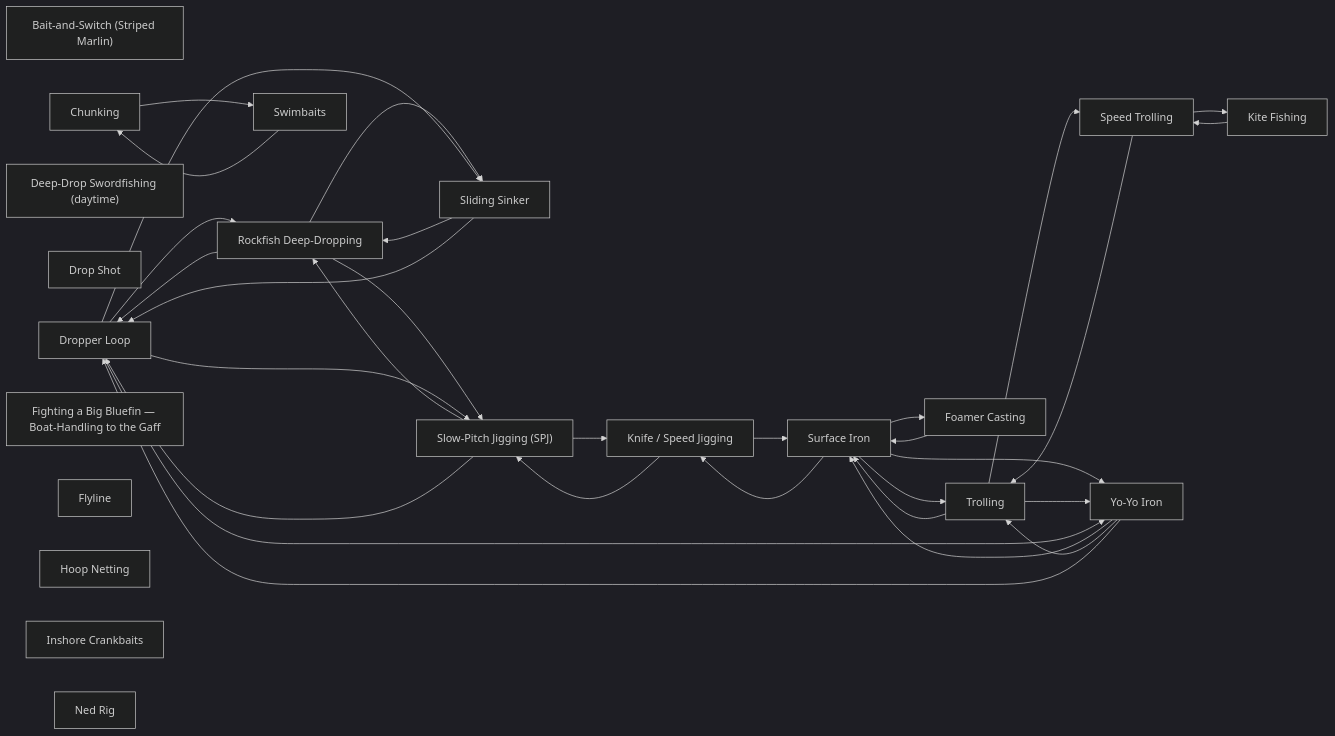
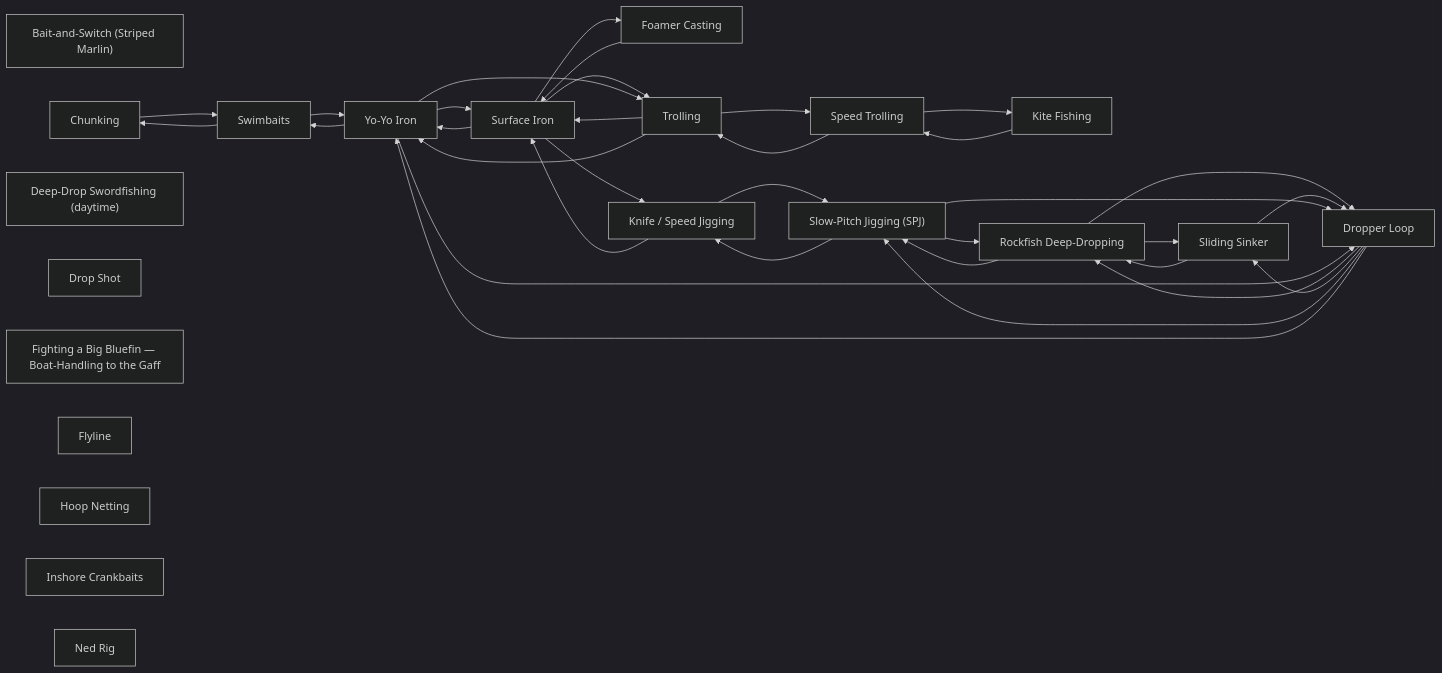
One commit to camchuckpete-max/Socal-Fishing-Knowledge changed the diagram in techniques/README.md. Above: the diagram before and after it, drawn with Mermaid (dark theme). The commit also changed 5 other files, not shown here.

````diff
--- a/techniques/README.md
+++ b/techniques/README.md
@@ -34,54 +34,56 @@
 ```mermaid
 graph LR
   n0["Bait-and-Switch (Striped Marlin)"]
   n1["Chunking"]
   n2["Deep-Drop Swordfishing (daytime)"]
   n3["Drop Shot"]
   n4["Dropper Loop"]
   n5["Fighting a Big Bluefin — Boat-Handling to the Gaff"]
   n6["Flyline"]
   n7["Foamer Casting"]
   n8["Hoop Netting"]
   n9["Inshore Crankbaits"]
   n10["Kite Fishing"]
   n11["Knife / Speed Jigging"]
   n12["Ned Rig"]
   n13["Rockfish Deep-Dropping"]
   n14["Sliding Sinker"]
   n15["Slow-Pitch Jigging (SPJ)"]
   n16["Speed Trolling"]
   n17["Surface Iron"]
   n18["Swimbaits"]
   n19["Trolling"]
   n20["Yo-Yo Iron"]
   n1 --> n18
   n10 --> n16
   n11 --> n15
   n11 --> n17
   n13 --> n14
   n13 --> n15
   n13 --> n4
   n14 --> n13
   n14 --> n4
   n15 --> n11
   n15 --> n13
   n15 --> n4
   n16 --> n10
   n16 --> n19
   n17 --> n11
   n17 --> n19
   n17 --> n20
   n17 --> n7
   n18 --> n1
+  n18 --> n20
   n19 --> n16
   n19 --> n17
   n19 --> n20
   n20 --> n17
+  n20 --> n18
   n20 --> n19
   n20 --> n4
   n4 --> n13
   n4 --> n14
   n4 --> n15
   n4 --> n20
   n7 --> n17
 ```
````
